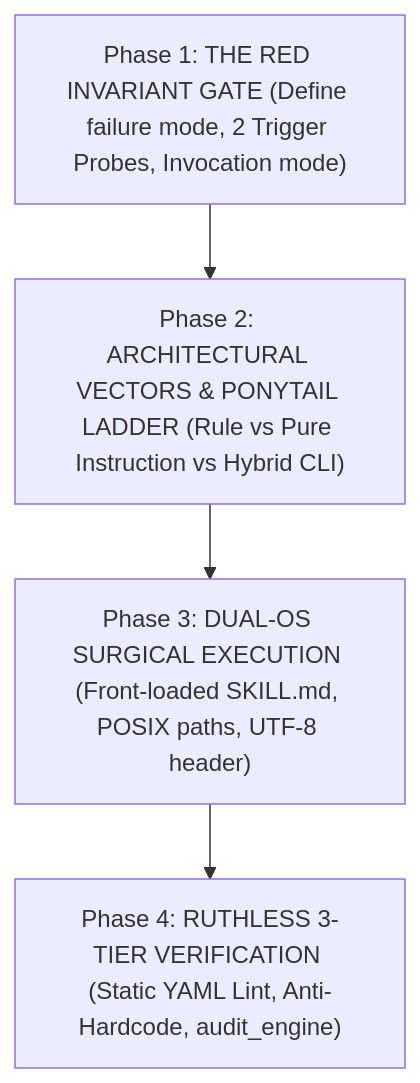
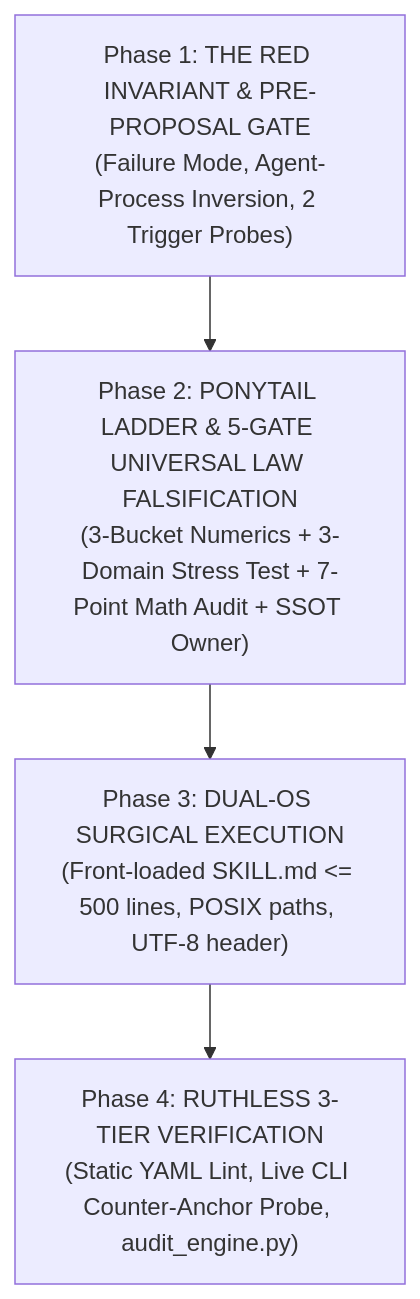
Before and after one commit to iscvlab/boostx: the first of 2 diagrams in skills/xcreate-skill/SKILL.md, drawn with Mermaid. The commit also changed other lines of this file and 23 other files, not shown here.

Commit message:
release(v3.3.0): context-conditioned UL-01..08, Mode C 5-gate falsification, Wave 2.5 graveyard & 30-point audit fixes

````diff
--- a/skills/xcreate-skill/SKILL.md
+++ b/skills/xcreate-skill/SKILL.md
@@ -65,6 +81,6 @@
 ```mermaid
 flowchart TD
-    P1["Phase 1: THE RED INVARIANT GATE (Define failure mode, 2 Trigger Probes, Invocation mode)"] --> P2["Phase 2: ARCHITECTURAL VECTORS & PONYTAIL LADDER (Rule vs Pure Instruction vs Hybrid CLI)"]
-    P2 --> P3["Phase 3: DUAL-OS SURGICAL EXECUTION (Front-loaded SKILL.md, POSIX paths, UTF-8 header)"]
-    P3 --> P4["Phase 4: RUTHLESS 3-TIER VERIFICATION (Static YAML Lint, Anti-Hardcode, audit_engine)"]
+    P1["Phase 1: THE RED INVARIANT & PRE-PROPOSAL GATE\n(Failure Mode, Agent-Process Inversion, 2 Trigger Probes)"] --> P2["Phase 2: PONYTAIL LADDER & 5-GATE UNIVERSAL LAW FALSIFICATION\n(3-Bucket Numerics + 3-Domain Stress Test + 7-Point Math Audit + SSOT Owner)"]
+    P2 --> P3["Phase 3: DUAL-OS SURGICAL EXECUTION\n(Front-loaded SKILL.md <= 500 lines, POSIX paths, UTF-8 header)"]
+    P3 --> P4["Phase 4: RUTHLESS 3-TIER VERIFICATION\n(Static YAML Lint, Live CLI Counter-Anchor Probe, audit_engine.py)"]
 ```
````
